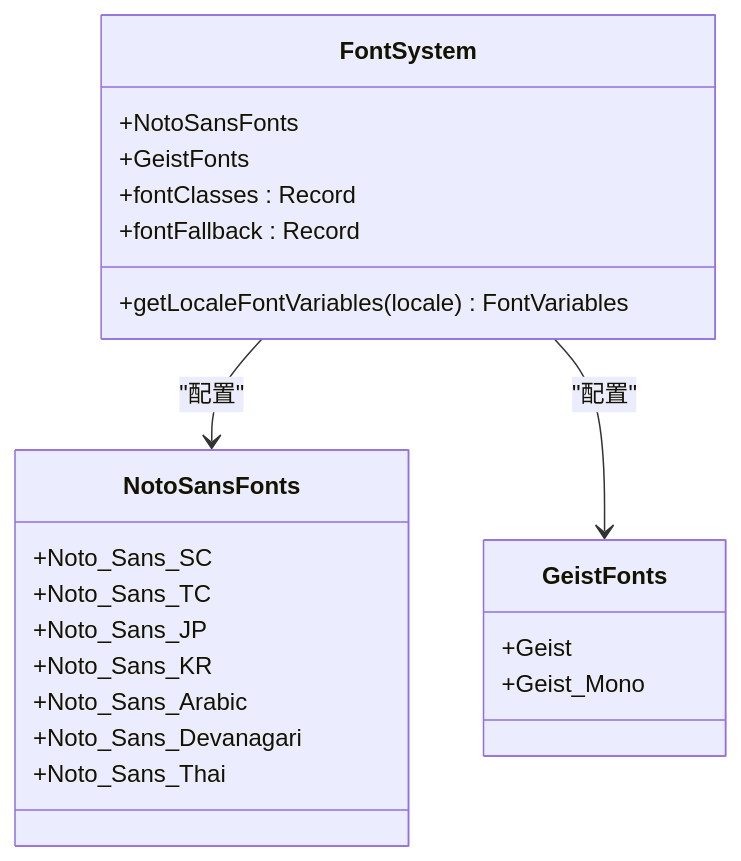
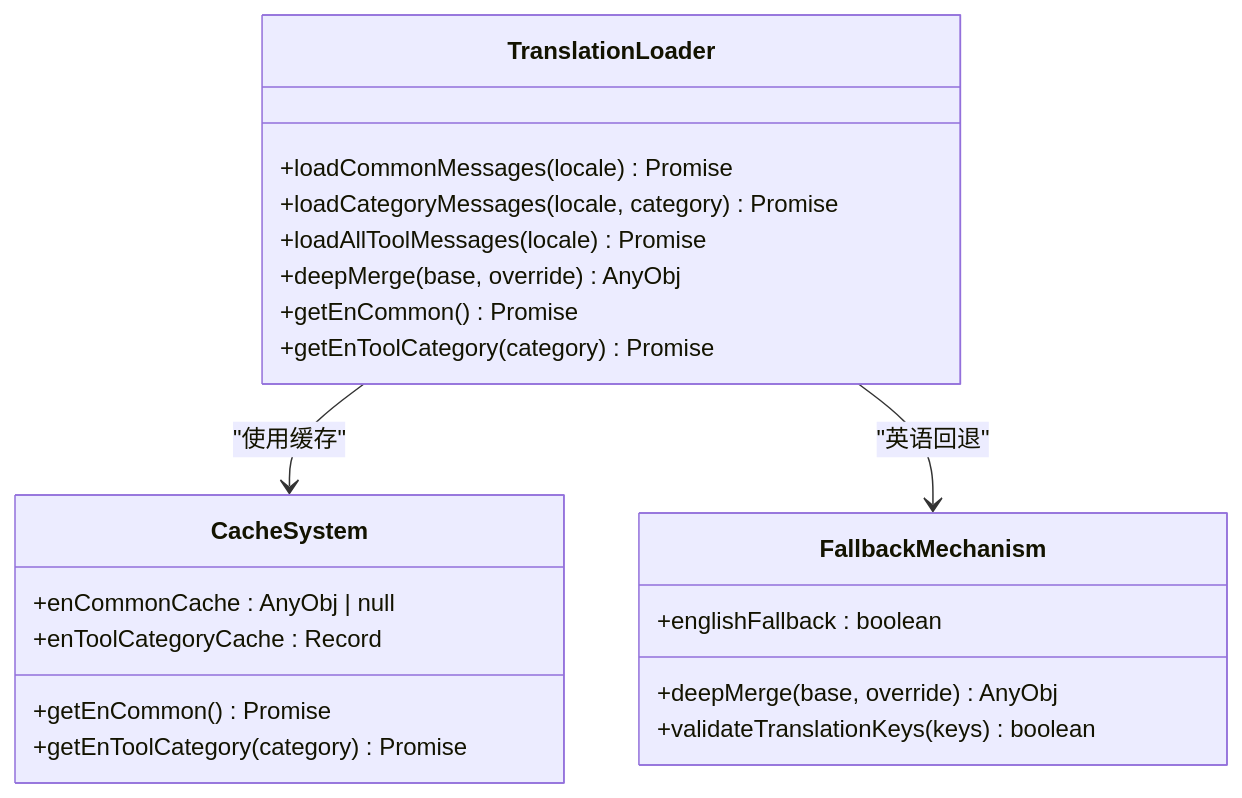
Before and after one commit to sgyy/privadeck: the third of 11 diagrams in .qoder/repowiki/zh/content/技术架构/国际化系统.md, drawn with Mermaid. The commit also changed other lines of this file and 27 other files, not shown here.

````diff
--- a/.qoder/repowiki/zh/content/技术架构/国际化系统.md
+++ b/.qoder/repowiki/zh/content/技术架构/国际化系统.md
@@ -259,25 +224,24 @@
 ```mermaid
 classDiagram
-class FontSystem {
-+getLocaleFontVariables(locale) FontVariables
-+NotoSansFonts
-+GeistFonts
-+fontClasses : Record<Locale, string>
-+fontFallback : Record<Locale, string>
+class TranslationLoader {
++loadCommonMessages(locale) Promise
++loadCategoryMessages(locale, category) Promise
++loadAllToolMessages(locale) Promise
++deepMerge(base, override) AnyObj
++getEnCommon() Promise
++getEnToolCategory(category) Promise
 }
-class NotoSansFonts {
-+Noto_Sans_SC
-+Noto_Sans_TC
-+Noto_Sans_JP
-+Noto_Sans_KR
-+Noto_Sans_Arabic
-+Noto_Sans_Devanagari
-+Noto_Sans_Thai
+class CacheSystem {
++enCommonCache : AnyObj | null
++enToolCategoryCache : Record<string, AnyObj>
++getEnCommon() Promise
++getEnToolCategory(category) Promise
 }
-class GeistFonts {
-+Geist
-+Geist_Mono
+class FallbackMechanism {
++englishFallback : boolean
++deepMerge(base, override) AnyObj
++validateTranslationKeys(keys) boolean
 }
-FontSystem --> NotoSansFonts : "配置"
-FontSystem --> GeistFonts : "配置"
+TranslationLoader --> CacheSystem : "使用缓存"
+TranslationLoader --> FallbackMechanism : "英语回退"
 ```
````
